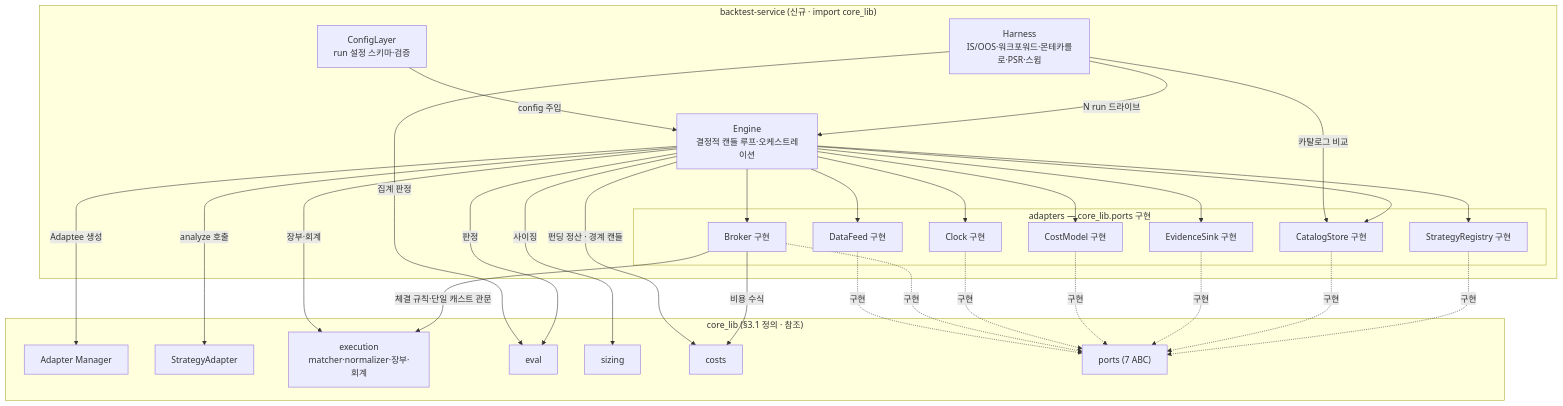
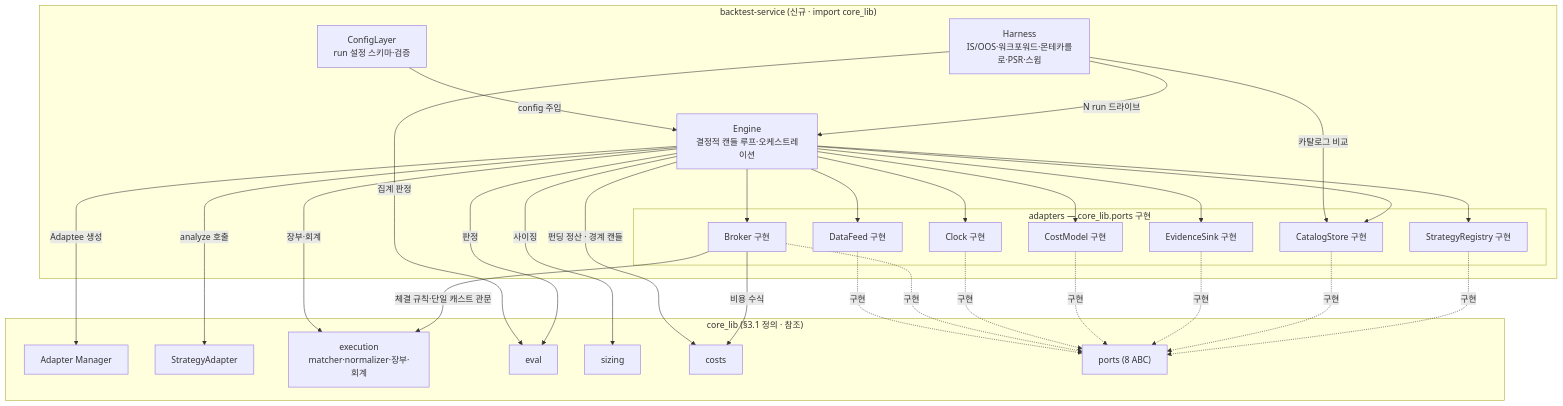
Before and after one commit to vessel35/trading-system-v2: the fourth of 38 diagrams in docs/fullspec/backtest_v2_detailed_design.md, drawn with Mermaid. The commit also changed other lines of this file and 21 other files, not shown here.

````diff
--- a/docs/fullspec/backtest_v2_detailed_design.md
+++ b/docs/fullspec/backtest_v2_detailed_design.md
@@ -664,53 +664,53 @@
 ```mermaid
 flowchart TD
     subgraph BTS["backtest-service (신규 · import core_lib)"]
         CFGL["ConfigLayer<br/>run 설정 스키마·검증"]
         ENG["Engine<br/>결정적 캔들 루프·오케스트레이션"]
         HAR["Harness<br/>IS/OOS·워크포워드·몬테카를로·PSR·스윕"]
         subgraph ADP["adapters — core_lib.ports 구현"]
             DF["DataFeed 구현"]
             BR["Broker 구현"]
             CL["Clock 구현"]
             CM["CostModel 구현"]
             ES["EvidenceSink 구현"]
             CS["CatalogStore 구현"]
             SR["StrategyRegistry 구현"]
         end
     end
     subgraph CLREF["core_lib (§3.1 정의 · 참조)"]
         RMGR["Adapter Manager"]
         RSTR["StrategyAdapter"]
         REXE["execution<br/>matcher·normalizer·장부·회계"]
         REVAL["eval"]
         RSIZ["sizing"]
         RCST["costs"]
-        RPORT["ports (7 ABC)"]
+        RPORT["ports (8 ABC)"]
     end
 
     CFGL -->|config 주입| ENG
     HAR -->|N run 드라이브| ENG
     HAR -->|카탈로그 비교| CS
     HAR -->|집계 판정| REVAL
     ENG --> DF
     ENG --> BR
     ENG --> CL
     ENG --> CM
     ENG --> ES
     ENG --> CS
     ENG --> SR
     ENG -->|Adaptee 생성| RMGR
     ENG -->|analyze 호출| RSTR
     ENG -->|사이징| RSIZ
     ENG -->|판정| REVAL
     ENG -->|장부·회계| REXE
     ENG -->|펀딩 정산 · 경계 캔들| RCST
     BR -->|체결 규칙·단일 캐스트 관문| REXE
     BR -->|비용 수식| RCST
     DF -.->|구현| RPORT
     BR -.->|구현| RPORT
     CL -.->|구현| RPORT
     CM -.->|구현| RPORT
     ES -.->|구현| RPORT
     CS -.->|구현| RPORT
     SR -.->|구현| RPORT
 ```
````
